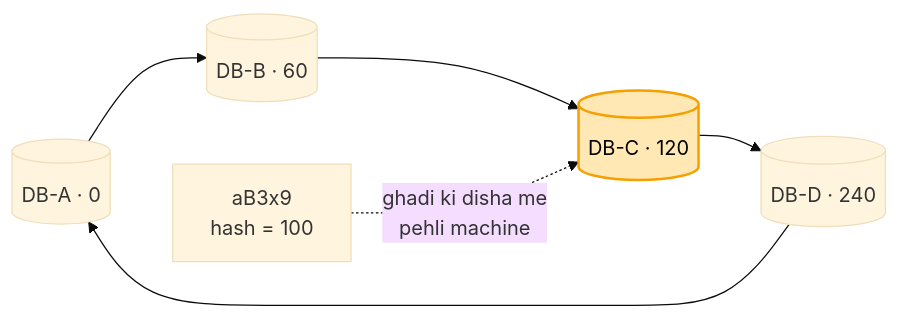
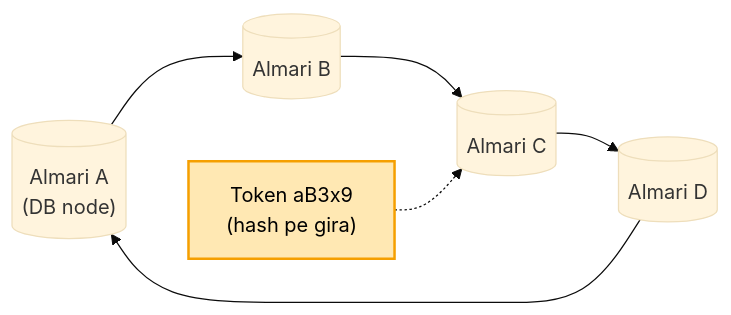
Before and after one commit to ArpanMaheshwari144/Prep: the fourth of 4 diagrams in 04_HLD/SYSTEM_DESIGNS/01_url_shortener/01_url_shortener.md, drawn with Mermaid (base theme). The commit also changed other lines of this file and 13 other files, not shown here.

````diff
--- a/04_HLD/SYSTEM_DESIGNS/01_url_shortener/01_url_shortener.md
+++ b/04_HLD/SYSTEM_DESIGNS/01_url_shortener/01_url_shortener.md
@@ -255,6 +115,9 @@
 ```mermaid
 flowchart LR
-    A[("DB-A · 0")] --> B[("DB-B · 60")] --> C[("DB-C · 120")] --> D[("DB-D · 240")] --> A
-    K["aB3x9<br/>hash = 100"] -. "ghadi ki disha me<br/>pehli machine" .-> C
-    style C fill:#ffe8b3,stroke:#f59f00,stroke-width:2px,color:#000
+    A[("Almari A<br/>(DB node)")] --> B[("Almari B")]
+    B --> C[("Almari C")]
+    C --> D[("Almari D")]
+    D --> A
+    T["Token aB3x9<br/>(hash pe gira)"] -.-> C
+    style T fill:#ffe8b3,stroke:#f59f00,stroke-width:2px,color:#000
 ```
````
